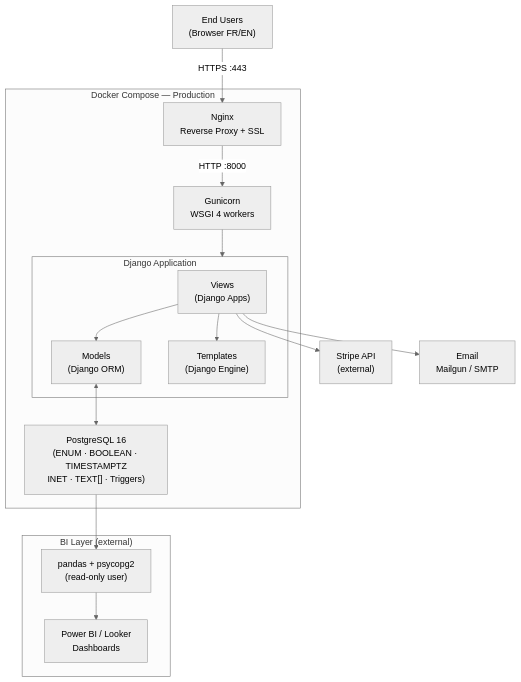
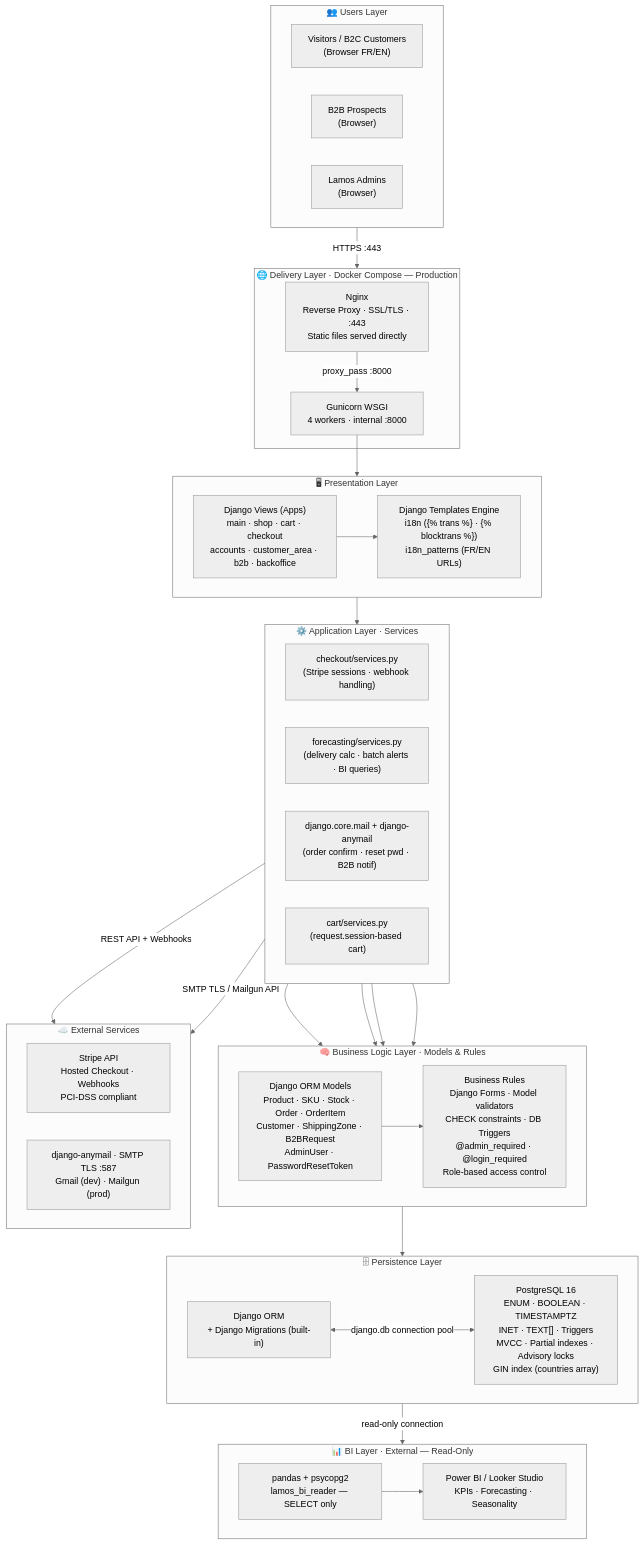
One commit to SaraEstelle/Lamos-chocolate changed the diagram in Portfolio/task1_system_architecture.md. Above: the diagram before and after it, drawn with Mermaid (neutral theme). The commit also changed other lines of this file, not shown here.

First line of the commit message:
Revise architecture diagram and layer descriptions

````diff
--- a/Portfolio/task1_system_architecture.md
+++ b/Portfolio/task1_system_architecture.md
@@ -176,34 +54,85 @@
 ```mermaid
-graph TD
-    Users["End Users\n(Browser FR/EN)"]
+flowchart TB
 
-    subgraph Docker["Docker Compose — Production"]
-        Nginx["Nginx\nReverse Proxy + SSL"]
-        Gunicorn["Gunicorn\nWSGI 4 workers"]
-        subgraph Django["Django Application"]
-            Views["Views\n(Django Apps)"]
-            Models["Models\n(Django ORM)"]
-            Templates["Templates\n(Django Engine)"]
-        end
-        DB["PostgreSQL 16\n(ENUM · BOOLEAN · TIMESTAMPTZ\nINET · TEXT[] · Triggers)"]
-    end
+%% ===== USERS LAYER =====
+subgraph Users_Layer["👥 Users Layer"]
+    direction LR
+    Visitors["Visitors / B2C Customers\n(Browser FR/EN)"]
+    B2B["B2B Prospects\n(Browser)"]
+    Admins["Lamos Admins\n(Browser)"]
+end
 
-    Stripe["Stripe API\n(external)"]
-    Email["Email\nMailgun / SMTP"]
+%% ===== DELIVERY LAYER =====
+subgraph Delivery_Layer["🌐 Delivery Layer · Docker Compose — Production"]
+    Nginx["Nginx\nReverse Proxy · SSL/TLS · :443\nStatic files served directly"]
+    Gunicorn["Gunicorn WSGI\n4 workers · internal :8000"]
+end
 
-    subgraph BI["BI Layer (external)"]
-        Python["pandas + psycopg2\n(read-only user)"]
-        Dashboard["Power BI / Looker\nDashboards"]
-    end
+%% ===== PRESENTATION LAYER =====
+subgraph Presentation_Layer["🖥 Presentation Layer"]
+    direction LR
+    DjangoViews["Django Views (Apps)\nmain · shop · cart · checkout\naccounts · customer_area · b2b · backoffice"]
+    DjangoTemplates["Django Templates Engine\ni18n ({% trans %} · {% blocktrans %})\ni18n_patterns (FR/EN URLs)"]
+end
 
-    Users -->|HTTPS :443| Nginx
-    Nginx -->|HTTP :8000| Gunicorn
-    Gunicorn --> Django
-    Views --> Models
-    Views --> Templates
-    Models <--> DB
-    Views --> Stripe
-    Views --> Email
-    DB --> Python
-    Python --> Dashboard
+%% ===== APPLICATION LAYER =====
+subgraph Application_Layer["⚙️ Application Layer · Services"]
+    direction LR
+    CheckoutSvc["checkout/services.py\n(Stripe sessions · webhook handling)"]
+    ForecastSvc["forecasting/services.py\n(delivery calc · batch alerts · BI queries)"]
+    MailSvc["django.core.mail + django-anymail\n(order confirm · reset pwd · B2B notif)"]
+    CartSvc["cart/services.py\n(request.session-based cart)"]
+end
+
+%% ===== BUSINESS LOGIC LAYER =====
+subgraph Business_Layer["🧠 Business Logic Layer · Models & Rules"]
+    direction LR
+    DjangoModels["Django ORM Models\nProduct · SKU · Stock · Order · OrderItem\nCustomer · ShippingZone · B2BRequest\nAdminUser · PasswordResetToken"]
+    Rules["Business Rules\nDjango Forms · Model validators\nCHECK constraints · DB Triggers\n@admin_required · @login_required\nRole-based access control"]
+end
+
+%% ===== PERSISTENCE LAYER =====
+subgraph Persistence_Layer["🗄 Persistence Layer"]
+    direction LR
+    DjangoORM["Django ORM\n+ Django Migrations (built-in)"]
+    DB["PostgreSQL 16\nENUM · BOOLEAN · TIMESTAMPTZ\nINET · TEXT[] · Triggers\nMVCC · Partial indexes · Advisory locks\nGIN index (countries array)"]
+end
+
+%% ===== EXTERNAL SERVICES =====
+subgraph External_Layer["☁️ External Services"]
+    direction LR
+    Stripe["Stripe API\nHosted Checkout · Webhooks\nPCI-DSS compliant"]
+    SMTP["django-anymail · SMTP TLS :587\nGmail (dev) · Mailgun (prod)"]
+end
+
+%% ===== BI LAYER =====
+subgraph BI_Layer["📊 BI Layer · External — Read-Only"]
+    direction LR
+    PythonBI["pandas + psycopg2\nlamos_bi_reader — SELECT only"]
+    Dashboard["Power BI / Looker Studio\nKPIs · Forecasting · Seasonality"]
+end
+
+%% ===== CONNECTIONS =====
+Users_Layer     -->|"HTTPS :443"| Delivery_Layer
+Nginx           -->|"proxy_pass :8000"| Gunicorn
+Gunicorn        --> Presentation_Layer
+
+DjangoViews     --> DjangoTemplates
+DjangoViews     --> Application_Layer
+
+CheckoutSvc     --> Business_Layer
+ForecastSvc     --> Business_Layer
+MailSvc         --> Business_Layer
+CartSvc         --> Business_Layer
+
+DjangoModels    --> Rules
+Business_Layer  --> Persistence_Layer
+
+DjangoORM       <-->|"django.db connection pool"| DB
+
+CheckoutSvc     -->|"REST API + Webhooks"| Stripe
+MailSvc         -->|"SMTP TLS / Mailgun API"| SMTP
+
+DB              -->|"read-only connection"| PythonBI
+PythonBI        --> Dashboard
 ```
````
